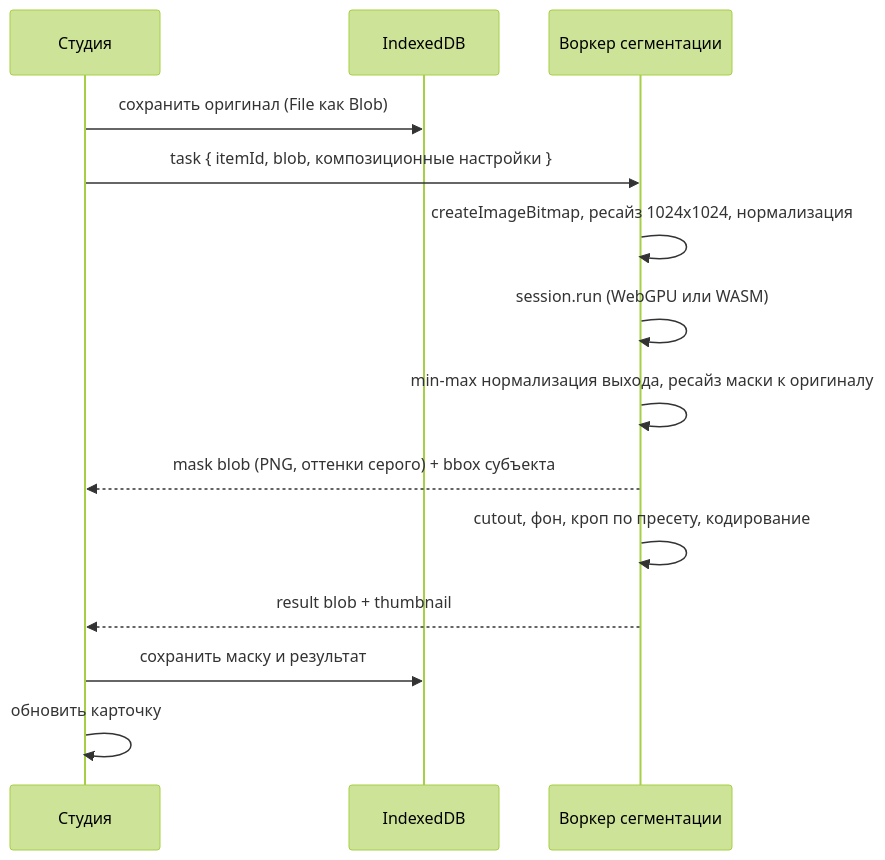
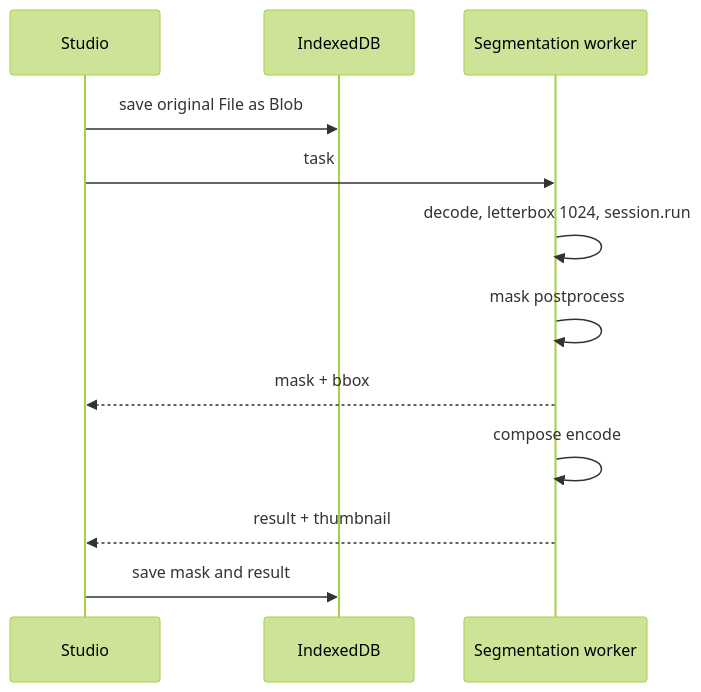
Before and after one commit to KonstantinAlexeevich/rmbg: the second of 2 diagrams in docs/02-architecture.md, drawn with Mermaid (forest theme). The commit also changed other lines of this file and 55 other files, not shown here.

````diff
--- a/docs/02-architecture.md
+++ b/docs/02-architecture.md
@@ -59,16 +91,14 @@
 ```mermaid
 sequenceDiagram
-    participant UI as Студия
+    participant UI as Studio
     participant DB as IndexedDB
-    participant W as Воркер сегментации
-    UI->>DB: сохранить оригинал (File как Blob)
-    UI->>W: task { itemId, blob, композиционные настройки }
-    W->>W: createImageBitmap, ресайз 1024x1024, нормализация
-    W->>W: session.run (WebGPU или WASM)
-    W->>W: min-max нормализация выхода, ресайз маски к оригиналу
-    W-->>UI: mask blob (PNG, оттенки серого) + bbox субъекта
-    W->>W: cutout, фон, кроп по пресету, кодирование
-    W-->>UI: result blob + thumbnail
-    UI->>DB: сохранить маску и результат
-    UI->>UI: обновить карточку
+    participant W as Segmentation worker
+    UI->>DB: save original File as Blob
+    UI->>W: task
+    W->>W: decode, letterbox 1024, session.run
+    W->>W: mask postprocess
+    W-->>UI: mask + bbox
+    W->>W: compose encode
+    W-->>UI: result + thumbnail
+    UI->>DB: save mask and result
 ```
````
